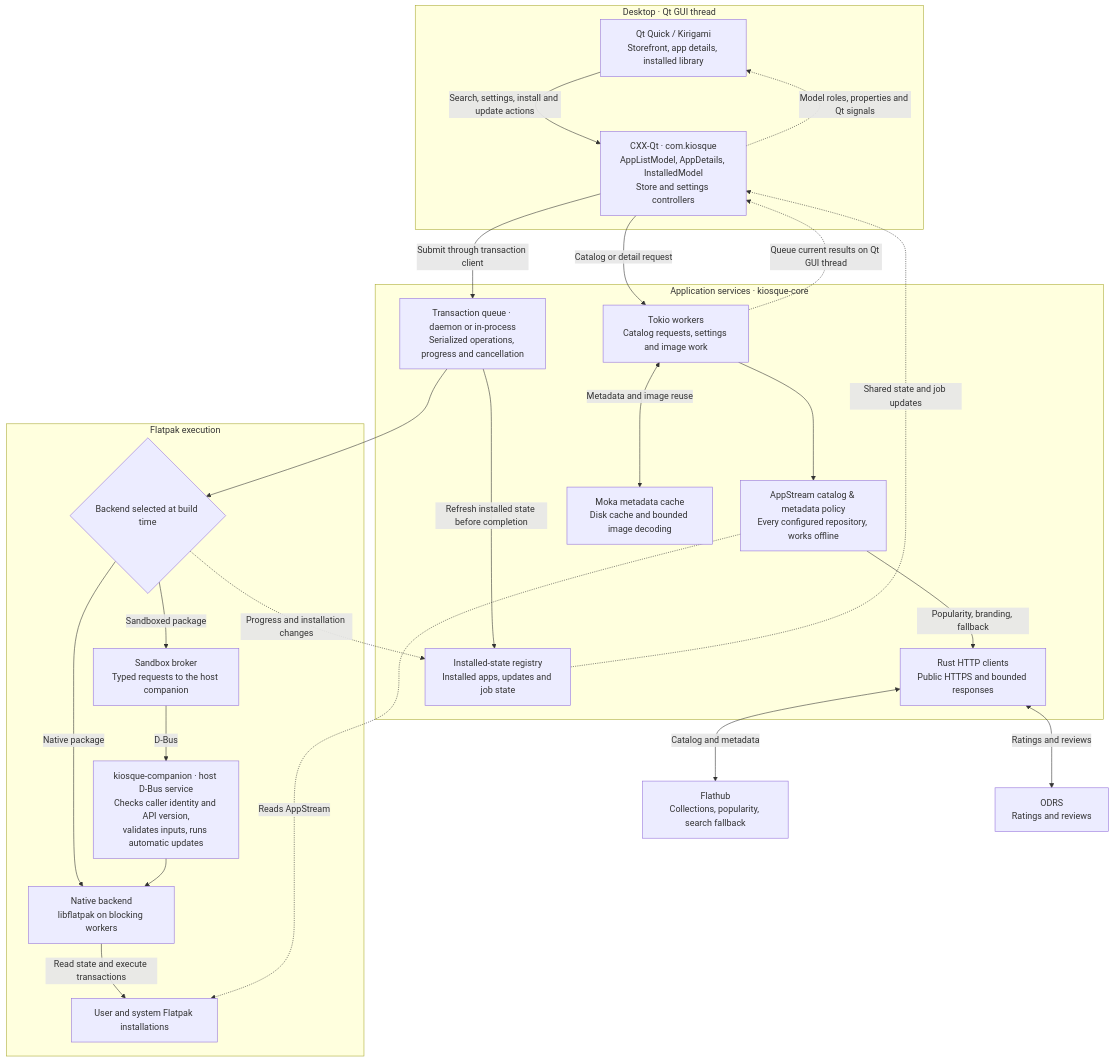
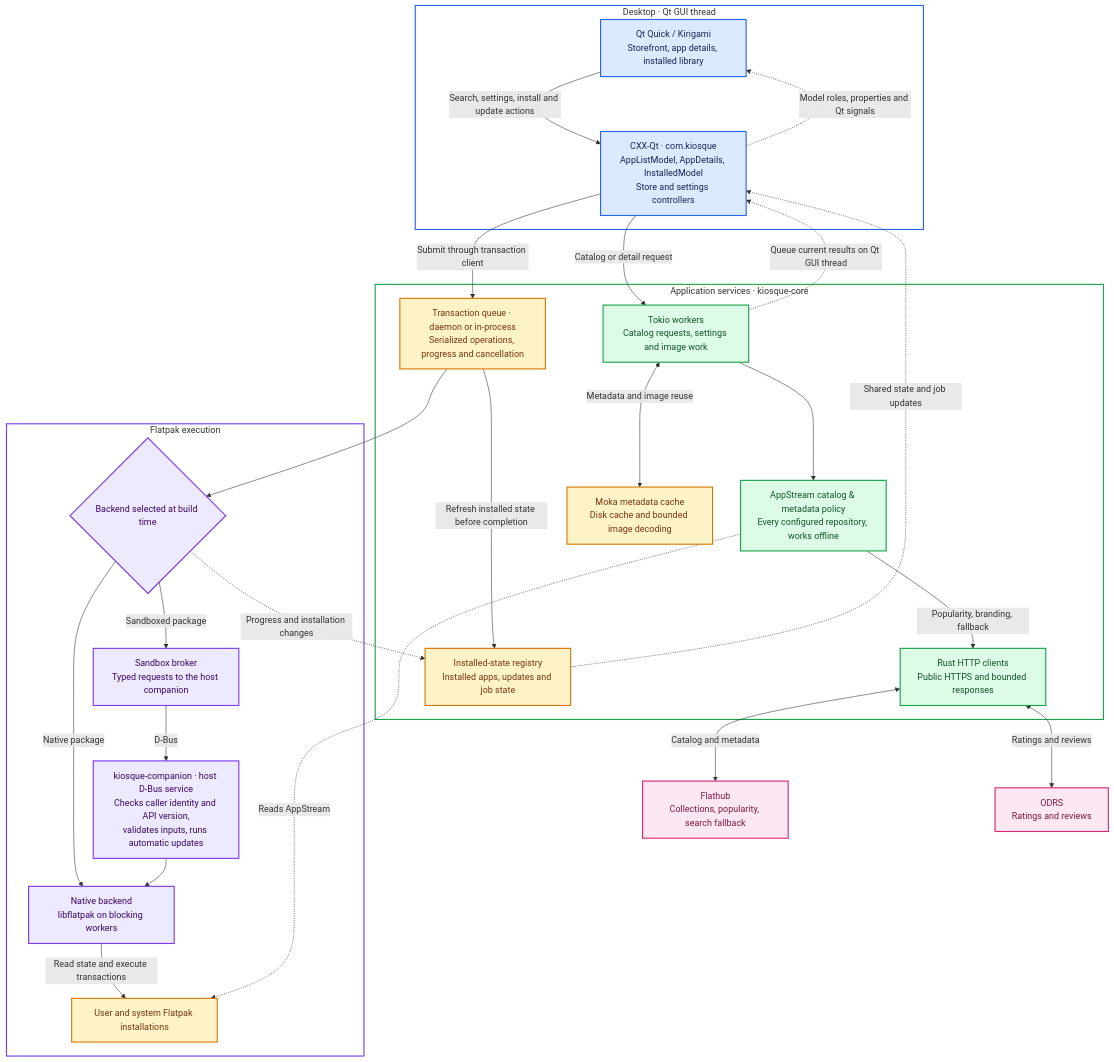
The first of 2 diagrams in README.md (niltonperimneto/kiosque), drawn with Mermaid before and after one commit. The commit also changed other lines of this file, not shown here.

Commit message:
Color-code README architecture and installation diagrams

````diff
--- a/README.md
+++ b/README.md
@@ -116,49 +116,65 @@
 ```mermaid
 flowchart TB
     subgraph Desktop["Desktop · Qt GUI thread"]
         Views["Qt Quick / Kirigami<br/>Storefront, app details, installed library"]
         Models["CXX-Qt · com.kiosque<br/>AppListModel, AppDetails, InstalledModel<br/>Store and settings controllers"]
         Views -->|Search, settings, install and update actions| Models
         Models -.->|Model roles, properties and Qt signals| Views
     end
 
     subgraph Core["Application services · kiosque-core"]
         Tokio["Tokio workers<br/>Catalog requests, settings and image work"]
         Catalog["AppStream catalog & metadata policy<br/>Every configured repository, works offline"]
         Clients["Rust HTTP clients<br/>Public HTTPS and bounded responses"]
         Cache["Moka metadata cache<br/>Disk cache and bounded image decoding"]
         Registry["Installed-state registry<br/>Installed apps, updates and job state"]
         Queue["Transaction queue · daemon or in-process<br/>Serialized operations, progress and cancellation"]
         Tokio --> Catalog
         Catalog -->|Popularity, branding, fallback| Clients
         Tokio <-->|Metadata and image reuse| Cache
         Queue -->|Refresh installed state before completion| Registry
     end
 
     subgraph Flatpak["Flatpak execution"]
         Backend{"Backend selected at build time"}
         Broker["Sandbox broker<br/>Typed requests to the host companion"]
         Companion["kiosque-companion · host D-Bus service<br/>Checks caller identity and API version,<br/>validates inputs, runs automatic updates"]
         Native["Native backend<br/>libflatpak on blocking workers"]
         Installations["User and system Flatpak installations"]
         Backend -->|Native package| Native
         Backend -->|Sandboxed package| Broker
         Broker -->|D-Bus| Companion
         Companion --> Native
         Native -->|Read state and execute transactions| Installations
     end
 
     Catalog -.->|Reads AppStream| Installations
 
     Flathub["Flathub<br/>Collections, popularity, search fallback"]
     ODRS["ODRS<br/>Ratings and reviews"]
 
     Models -->|Catalog or detail request| Tokio
     Tokio -.->|Queue current results on Qt GUI thread| Models
     Models -->|Submit through transaction client| Queue
     Registry -.->|Shared state and job updates| Models
     Queue --> Backend
     Backend -.->|Progress and installation changes| Registry
     Clients <-->|Catalog and metadata| Flathub
     Clients <-->|Ratings and reviews| ODRS
+
+    classDef desktop fill:#dbeafe,stroke:#2563eb,color:#172554,stroke-width:2px
+    classDef service fill:#dcfce7,stroke:#16a34a,color:#14532d,stroke-width:2px
+    classDef state fill:#fef3c7,stroke:#d97706,color:#78350f,stroke-width:2px
+    classDef execution fill:#ede9fe,stroke:#7c3aed,color:#3b0764,stroke-width:2px
+    classDef external fill:#fce7f3,stroke:#db2777,color:#831843,stroke-width:2px
+
+    class Views,Models desktop
+    class Tokio,Catalog,Clients service
+    class Cache,Registry,Queue,Installations state
+    class Backend,Broker,Companion,Native execution
+    class Flathub,ODRS external
+
+    style Desktop fill:transparent,stroke:#2563eb,stroke-width:2px
+    style Core fill:transparent,stroke:#16a34a,stroke-width:2px
+    style Flatpak fill:transparent,stroke:#7c3aed,stroke-width:2px
 ```
````
